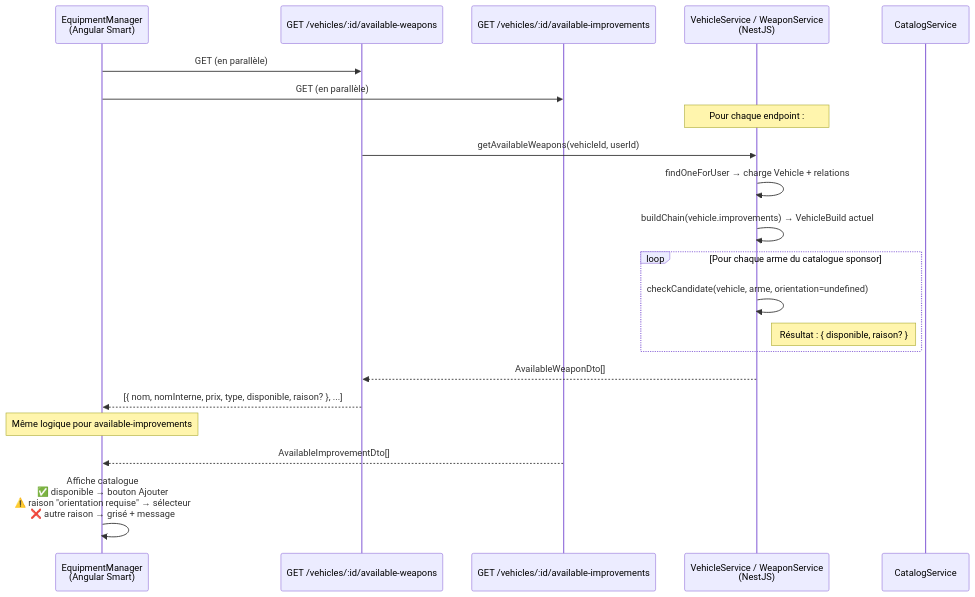
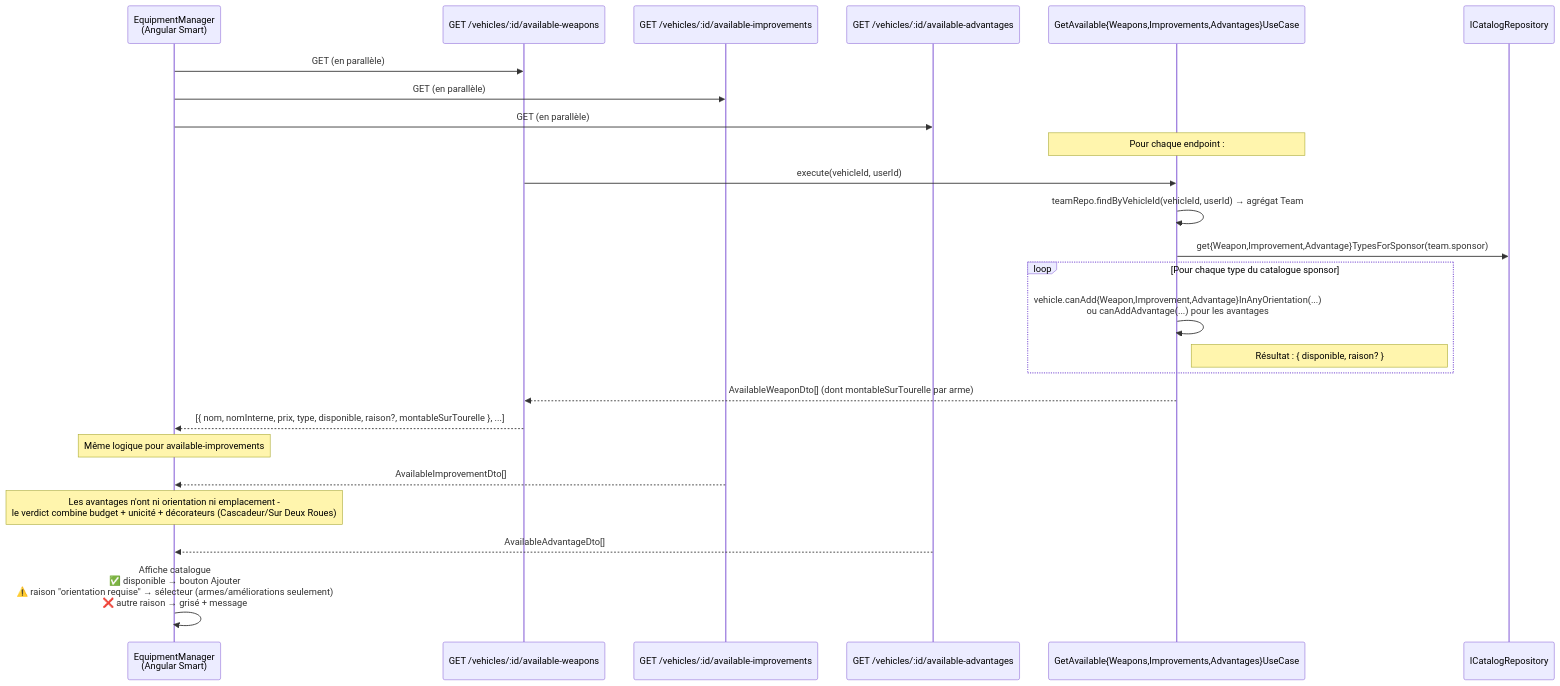
One commit to arnaudbracchetti/gaslands-manager changed the fourth of 7 diagrams in docs/VEHICLE_SYSTEM.md. Above: the diagram before and after it, drawn with Mermaid. The commit also changed other lines of this file and 3 other files, not shown here.

First line of the commit message:
docs: resynchronise VEHICLE_SYSTEM.md, VEHICLES.md et CAMPAIGN.md avec le code

````diff
--- a/docs/VEHICLE_SYSTEM.md
+++ b/docs/VEHICLE_SYSTEM.md
@@ -338,29 +374,34 @@
 ```mermaid
 sequenceDiagram
     participant EM as EquipmentManager<br/>(Angular Smart)
     participant API_W as GET /vehicles/:id/available-weapons
     participant API_I as GET /vehicles/:id/available-improvements
-    participant BVSS as VehicleService / WeaponService<br/>(NestJS)
-    participant Cat as CatalogService
+    participant API_A as GET /vehicles/:id/available-advantages
+    participant UC as GetAvailable{Weapons,Improvements,Advantages}UseCase
+    participant CR as ICatalogRepository
 
     EM->>API_W: GET (en parallèle)
     EM->>API_I: GET (en parallèle)
+    EM->>API_A: GET (en parallèle)
 
-    Note over BVSS: Pour chaque endpoint :
-    API_W->>BVSS: getAvailableWeapons(vehicleId, userId)
-    BVSS->>BVSS: findOneForUser → charge Vehicle + relations
-    BVSS->>BVSS: buildChain(vehicle.improvements) → VehicleBuild actuel
+    Note over UC: Pour chaque endpoint :
+    API_W->>UC: execute(vehicleId, userId)
+    UC->>UC: teamRepo.findByVehicleId(vehicleId, userId) → agrégat Team
+    UC->>CR: get{Weapon,Improvement,Advantage}TypesForSponsor(team.sponsor)
 
-    loop Pour chaque arme du catalogue sponsor
-        BVSS->>BVSS: checkCandidate(vehicle, arme, orientation=undefined)
-        Note right of BVSS: Résultat : { disponible, raison? }
+    loop Pour chaque type du catalogue sponsor
+        UC->>UC: vehicle.canAdd{Weapon,Improvement,Advantage}InAnyOrientation(...)<br/>ou canAddAdvantage(...) pour les avantages
+        Note right of UC: Résultat : { disponible, raison? }
     end
 
-    BVSS-->>API_W: AvailableWeaponDto[]
-    API_W-->>EM: [{ nom, nomInterne, prix, type, disponible, raison? }, ...]
+    UC-->>API_W: AvailableWeaponDto[] (dont montableSurTourelle par arme)
+    API_W-->>EM: [{ nom, nomInterne, prix, type, disponible, raison?, montableSurTourelle }, ...]
 
     Note over EM: Même logique pour available-improvements
     API_I-->>EM: AvailableImprovementDto[]
 
-    EM->>EM: Affiche catalogue<br/>✅ disponible → bouton Ajouter<br/>⚠️ raison "orientation requise" → sélecteur<br/>❌ autre raison → grisé + message
+    Note over EM: Les avantages n'ont ni orientation ni emplacement -<br/>le verdict combine budget + unicité + décorateurs (Cascadeur/Sur Deux Roues)
+    API_A-->>EM: AvailableAdvantageDto[]
+
+    EM->>EM: Affiche catalogue<br/>✅ disponible → bouton Ajouter<br/>⚠️ raison "orientation requise" → sélecteur (armes/améliorations seulement)<br/>❌ autre raison → grisé + message
 ```
````
